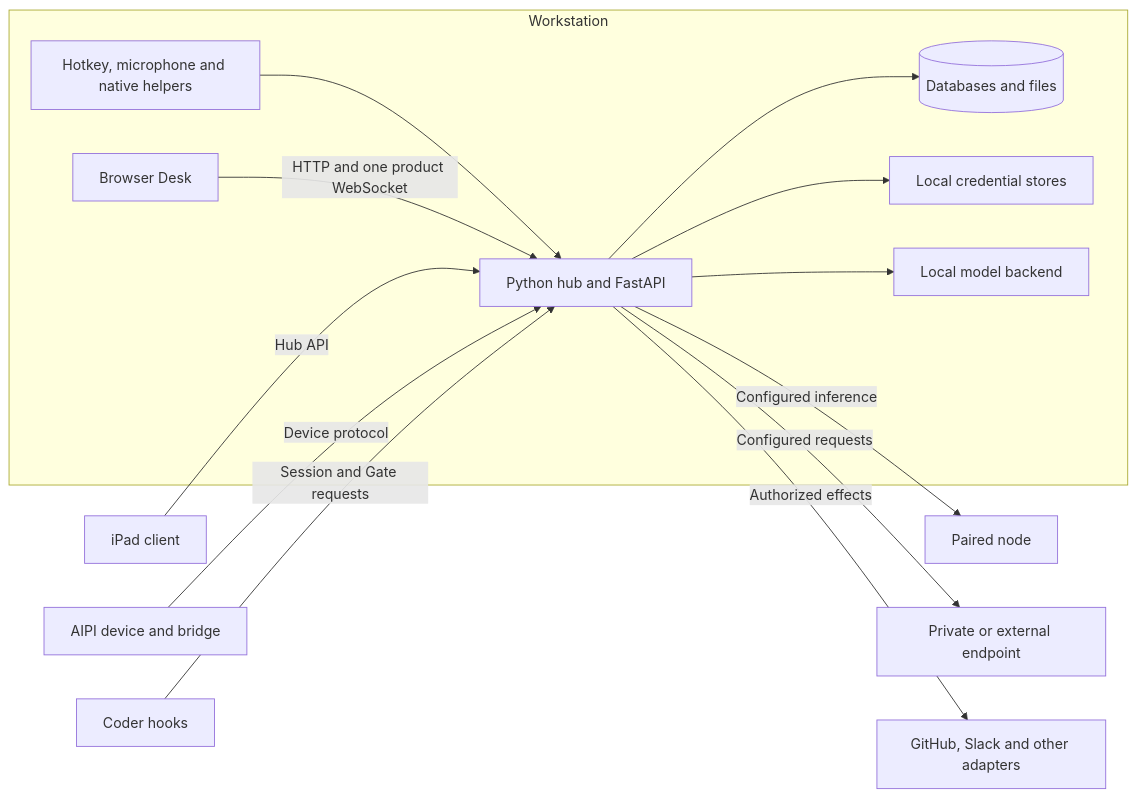
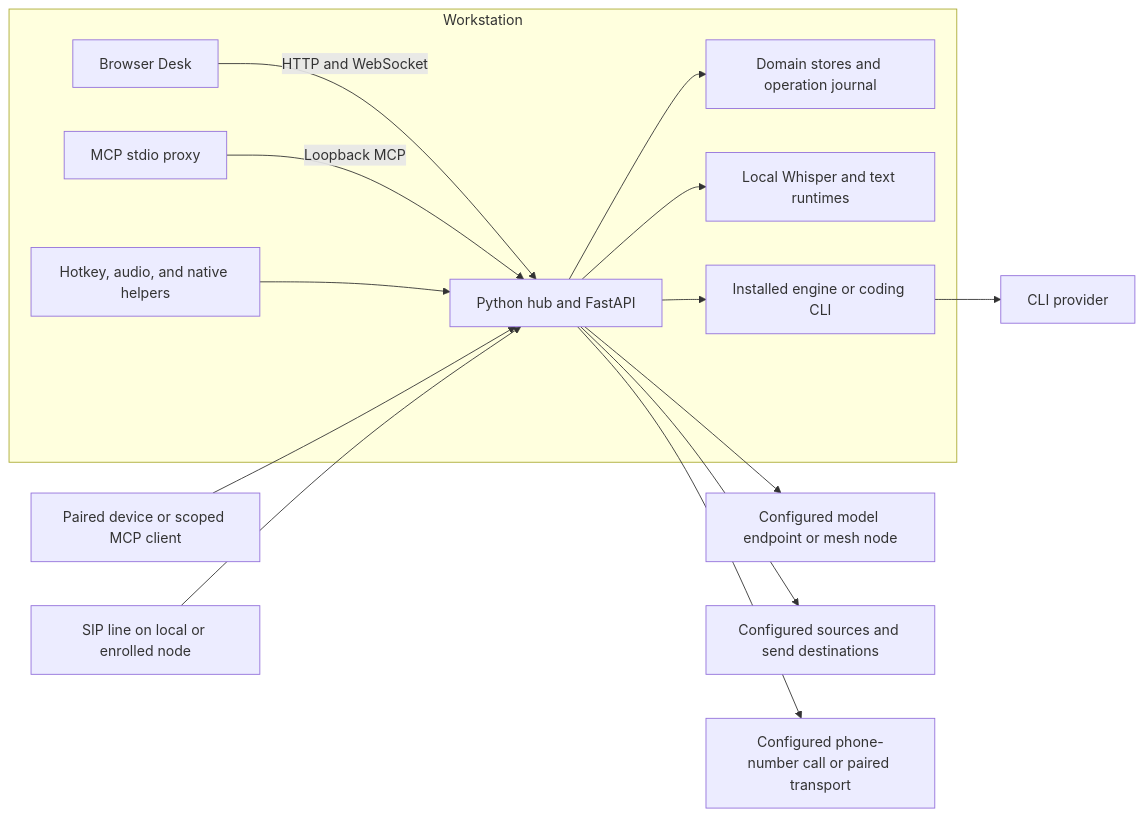
One commit to karolswdev/HoldSpeak changed the first of 2 diagrams in docs/SYSTEM_INTEGRATION_MAP.md. Above: the diagram before and after it, drawn with Mermaid. The commit also changed other lines of this file and 74 other files, not shown here.

Commit message:
docs: document the agentic Desk and core work flows

````diff
--- a/docs/SYSTEM_INTEGRATION_MAP.md
+++ b/docs/SYSTEM_INTEGRATION_MAP.md
@@ -10,22 +9,24 @@
 ```mermaid
 flowchart LR
-  subgraph Workstation
-    Native[Hotkey, microphone and native helpers]
-    Hub[Python hub and FastAPI]
-    Browser[Browser Desk]
-    DB[(Databases and files)]
-    Secret[Local credential stores]
-    Local[Local model backend]
-    Native --> Hub
-    Browser -->|HTTP and one product WebSocket| Hub
-    Hub --> DB
-    Hub --> Secret
-    Hub --> Local
-  end
-  Tablet[iPad client] -->|Hub API| Hub
-  Device[AIPI device and bridge] -->|Device protocol| Hub
-  Agent[Coder hooks] -->|Session and Gate requests| Hub
-  Hub -->|Configured inference| Mesh[Paired node]
-  Hub -->|Configured requests| Endpoint[Private or external endpoint]
-  Hub -->|Authorized effects| External[GitHub, Slack and other adapters]
+    subgraph Workstation
+        Browser["Browser Desk"]
+        Hub["Python hub and FastAPI"]
+        Store["Domain stores and operation journal"]
+        Native["Hotkey, audio, and native helpers"]
+        Local["Local Whisper and text runtimes"]
+        Sidecar["MCP stdio proxy"]
+        CLI["Installed engine or coding CLI"]
+        Browser -->|HTTP and WebSocket| Hub
+        Sidecar -->|Loopback MCP| Hub
+        Native --> Hub
+        Hub --> Store
+        Hub --> Local
+        Hub --> CLI
+    end
+    Client["Paired device or scoped MCP client"] --> Hub
+    Hub --> Endpoint["Configured model endpoint or mesh node"]
+    CLI --> Provider["CLI provider"]
+    Hub --> Outside["Configured sources and send destinations"]
+    Line["SIP line on local or enrolled node"] --> Hub
+    Hub --> Phone["Configured phone-number call or paired transport"]
 ```
````
